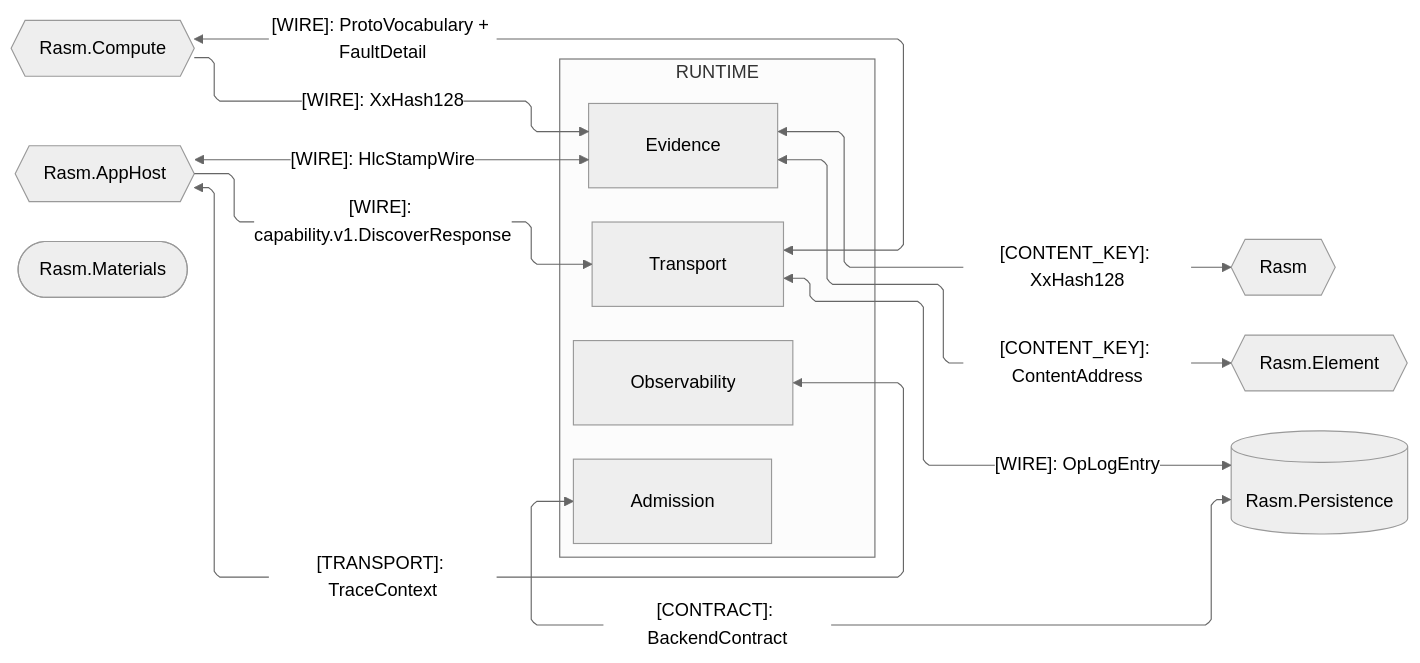
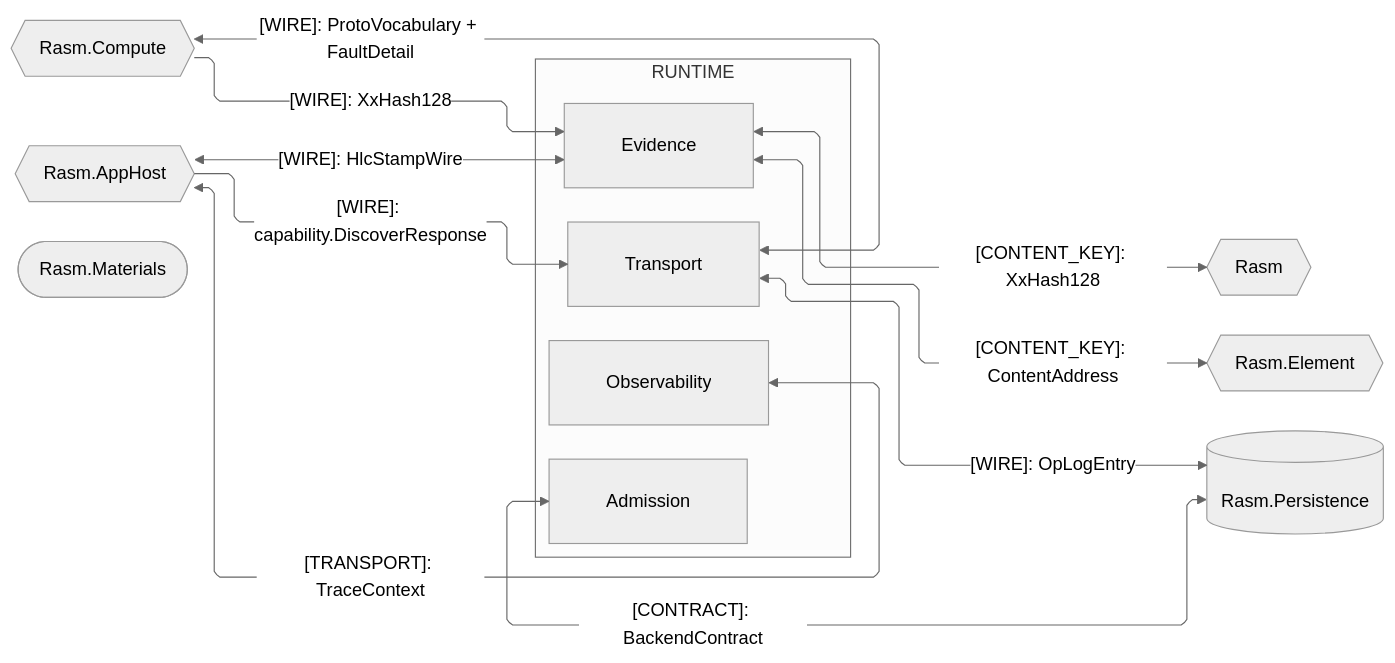
Before and after one commit to bsamiee/Rasm: the second of 4 diagrams in libs/python/runtime/ARCHITECTURE.md, drawn with Mermaid (neutral theme). The commit also changed other lines of this file and 640 other files, not shown here.

````diff
--- a/libs/python/runtime/ARCHITECTURE.md
+++ b/libs/python/runtime/ARCHITECTURE.md
@@ -145,33 +145,33 @@
 ```mermaid
 ---
 config:
   layout: elk
   flowchart:
     curve: linear
     padding: 25
 ---
 flowchart LR
     accTitle: Runtime C# platform and kernel seams
     accDescr: Runtime sub-domain owners exchanging content keys, wire codecs, Connect transport, and clock stamps with the C# peers.
     subgraph runtime[RUNTIME]
         Evidence[Evidence]
         Admission[Admission]
         Transport[Transport]
         Observability[Observability]
     end
     Rasm{{Rasm}}
     Element{{Rasm.Element}}
     Compute{{Rasm.Compute}}
     Persistence[(Rasm.Persistence)]
     AppHost{{Rasm.AppHost}}
     Materials([Rasm.Materials])
     Evidence e3@<-->|"[CONTENT_KEY]: XxHash128"| Rasm
     Evidence e4@<-->|"[CONTENT_KEY]: ContentAddress"| Element
     Compute e5@-->|"[WIRE]: XxHash128"| Evidence
     Transport e6@<-->|"[WIRE]: ProtoVocabulary + FaultDetail"| Compute
     Transport e7@<-->|"[WIRE]: OpLogEntry"| Persistence
     Persistence e8@<-->|"[CONTRACT]: BackendContract"| Admission
-    AppHost e9@-->|"[WIRE]: capability.v1.DiscoverResponse"| Transport
+    AppHost e9@-->|"[WIRE]: capability.DiscoverResponse"| Transport
     Observability e10@<-->|"[TRANSPORT]: TraceContext"| AppHost
     AppHost e11@<-->|"[WIRE]: HlcStampWire"| Evidence
 ```
````
